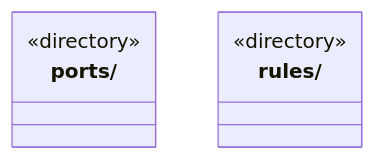
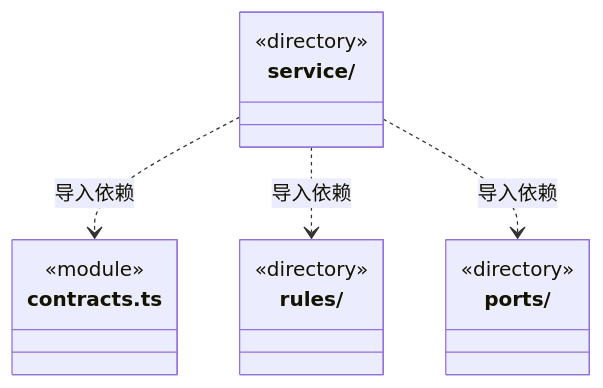
One commit to nan023062/cbim changed the diagram in src/logic/workspace/ARCHITECTURE.md. Above: the diagram before and after it, drawn with Mermaid. The commit also changed other lines of this file and 657 other files, not shown here.

````diff
--- a/src/logic/workspace/ARCHITECTURE.md
+++ b/src/logic/workspace/ARCHITECTURE.md
@@ -15,9 +17,18 @@
 ```mermaid
 classDiagram
 class N_src_logic_workspace_ports["ports/"] {
   <<directory>>
 }
 class N_src_logic_workspace_rules["rules/"] {
   <<directory>>
 }
+class N_src_logic_workspace_service["service/"] {
+  <<directory>>
+}
+class N_src_logic_workspace_contracts_ts["contracts.ts"] {
+  <<module>>
+}
+N_src_logic_workspace_service ..> N_src_logic_workspace_contracts_ts : 导入依赖
+N_src_logic_workspace_service ..> N_src_logic_workspace_rules : 导入依赖
+N_src_logic_workspace_service ..> N_src_logic_workspace_ports : 导入依赖
 ```
````
